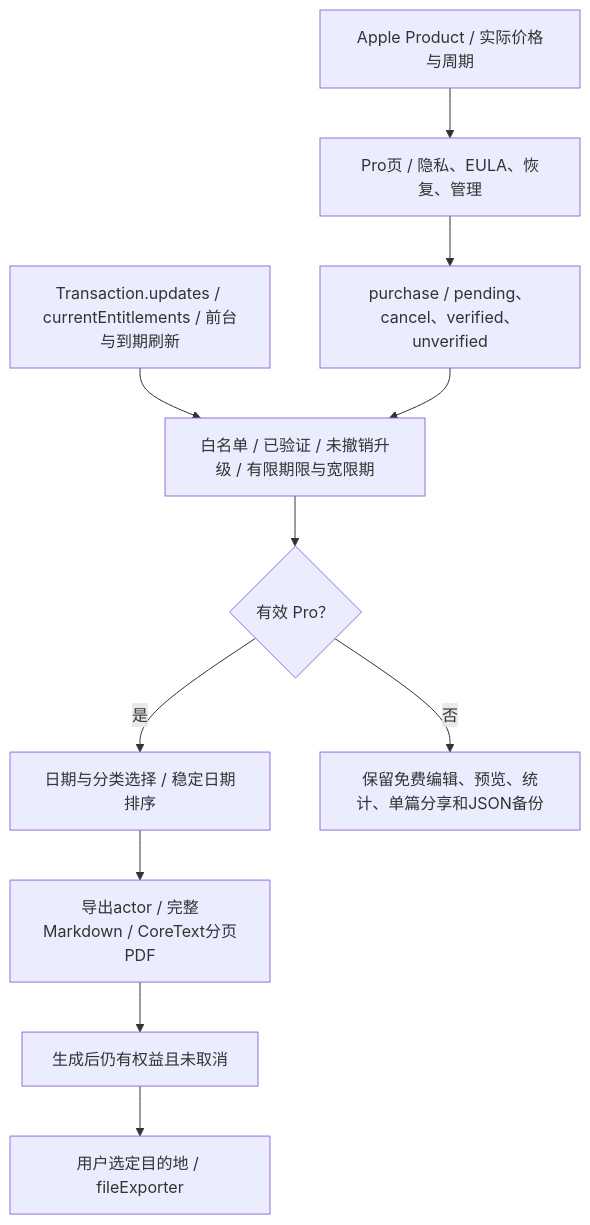
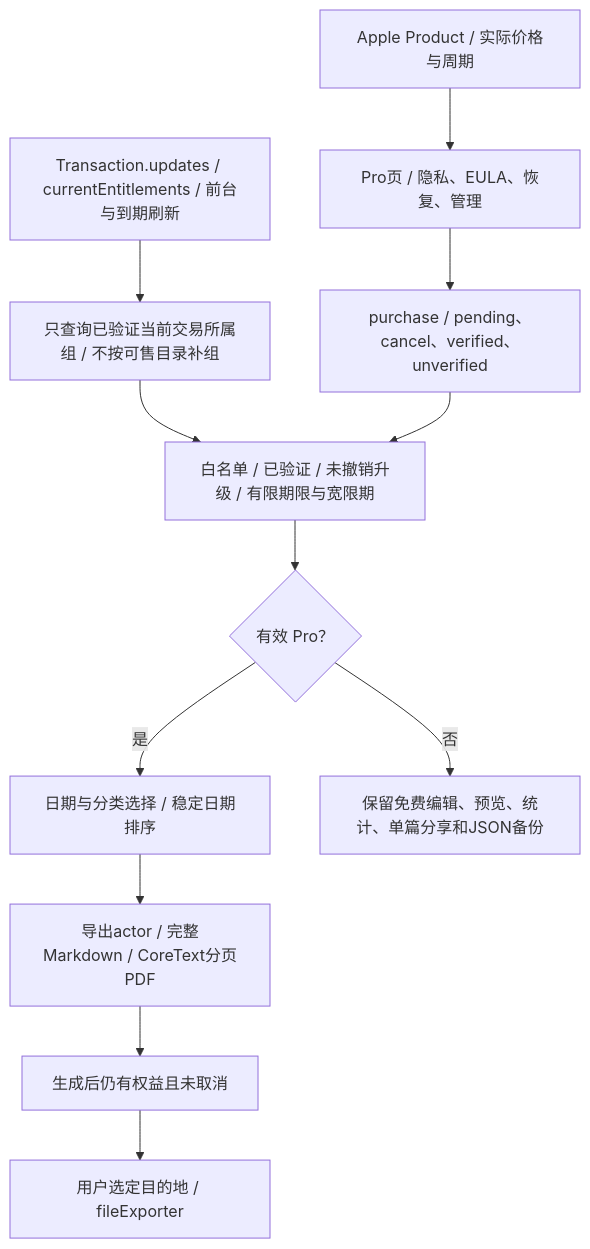
One commit to Altman-sam114/117 changed the third of 4 diagrams in md/flow/flowchart.md. Above: the diagram before and after it, drawn with Mermaid. The commit also changed other lines of this file and 8 other files, not shown here.

````diff
--- a/md/flow/flowchart.md
+++ b/md/flow/flowchart.md
@@ -47,13 +47,14 @@
 ```mermaid
 flowchart TD
   Products["Apple Product / 实际价格与周期"] --> Paywall["Pro页 / 隐私、EULA、恢复、管理"]
   Paywall --> Purchase["purchase / pending、cancel、verified、unverified"]
-  Updates["Transaction.updates / currentEntitlements / 前台与到期刷新"] --> Verify["白名单 / 已验证 / 未撤销升级 / 有限期限与宽限期"]
+  Updates["Transaction.updates / currentEntitlements / 前台与到期刷新"] --> Groups["只查询已验证当前交易所属组 / 不按可售目录补组"]
+  Groups --> Verify["白名单 / 已验证 / 未撤销升级 / 有限期限与宽限期"]
   Purchase --> Verify
   Verify --> Entitled{"有效 Pro？"}
   Entitled -- "是" --> Filter["日期与分类选择 / 稳定日期排序"]
   Filter --> Actor["导出actor / 完整Markdown / CoreText分页PDF"]
   Actor --> Recheck["生成后仍有权益且未取消"]
   Recheck --> Files["用户选定目的地 / fileExporter"]
   Entitled -- "否" --> Free["保留免费编辑、预览、统计、单篇分享和JSON备份"]
 ```
````
